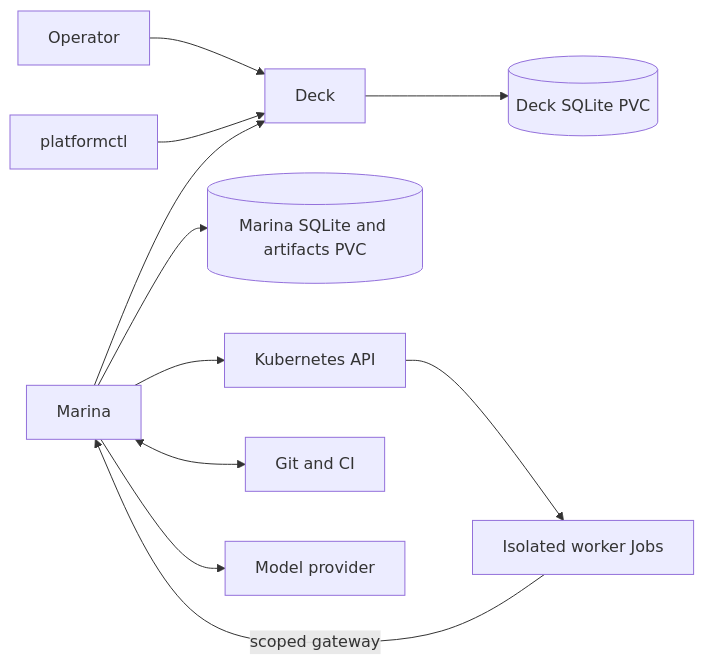
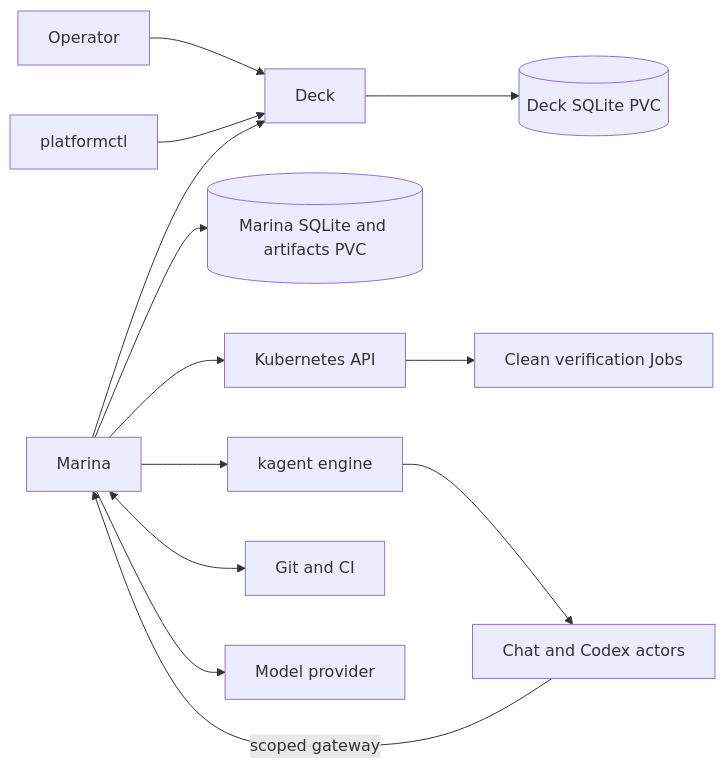
The diagram in docs/ARCHITECTURE.md (jmlero/the-platform), drawn with Mermaid before and after one commit. The commit also changed other lines of this file and 8 other files, not shown here.

First line of the commit message:
Accept the chat agent, native Codex and landing on main

````diff
--- a/docs/ARCHITECTURE.md
+++ b/docs/ARCHITECTURE.md
@@ -163,13 +164,15 @@
 ```mermaid
 flowchart LR
     H[Operator] --> D[Deck]
     C[platformctl] --> D
     M[Marina] --> D
     D --> DD[(Deck SQLite PVC)]
     M --> MD[(Marina SQLite and artifacts PVC)]
     M --> K[Kubernetes API]
-    K --> J[Isolated worker Jobs]
+    K --> J[Clean verification Jobs]
+    M --> E[kagent engine]
+    E --> A[Chat and Codex actors]
     M <--> G[Git and CI]
-    J -->|scoped gateway| M
+    A -->|scoped gateway| M
     M --> P[Model provider]
 ```
````
